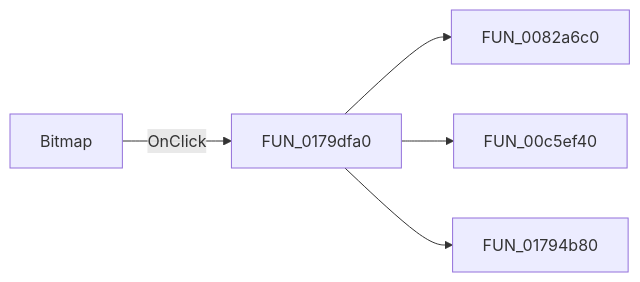
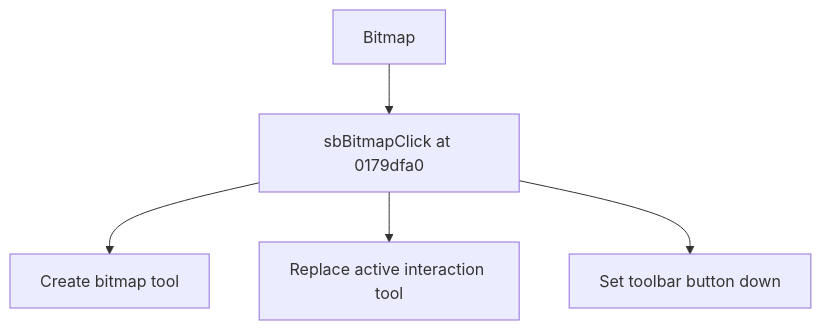
The diagram in docs/ui-controls/shapeedit/sbbitmap-eb32736106.md (MovGP0/TIARA), drawn with Mermaid before and after one commit. The commit also changed other lines of this file and 1062 other files, not shown here.

````diff
--- a/docs/ui-controls/shapeedit/sbbitmap-eb32736106.md
+++ b/docs/ui-controls/shapeedit/sbbitmap-eb32736106.md
@@ -27,7 +27,7 @@
 ```mermaid
-flowchart LR
-    control["Bitmap"] -->|OnClick| handler["FUN_0179dfa0"]
-    handler --> call1["FUN_0082a6c0"]
-    handler --> call2["FUN_00c5ef40"]
-    handler --> call3["FUN_01794b80"]
+flowchart TD
+    control["Bitmap"] --> handler["sbBitmapClick at 0179dfa0"]
+    handler --> step1["Create bitmap tool"]
+    handler --> step2["Replace active interaction tool"]
+    handler --> step3["Set toolbar button down"]
 ```
````
